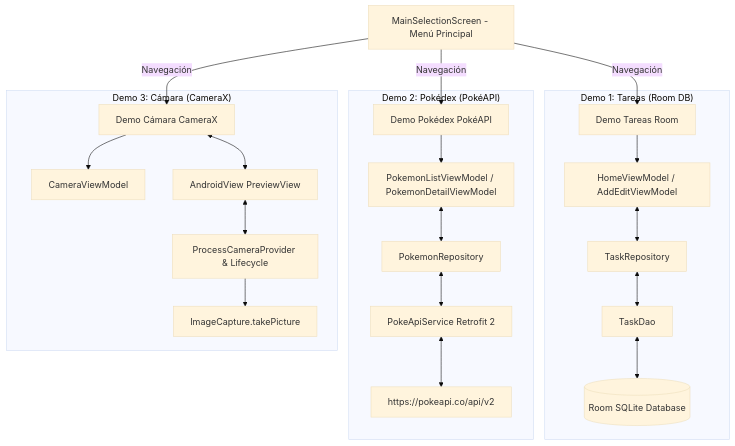
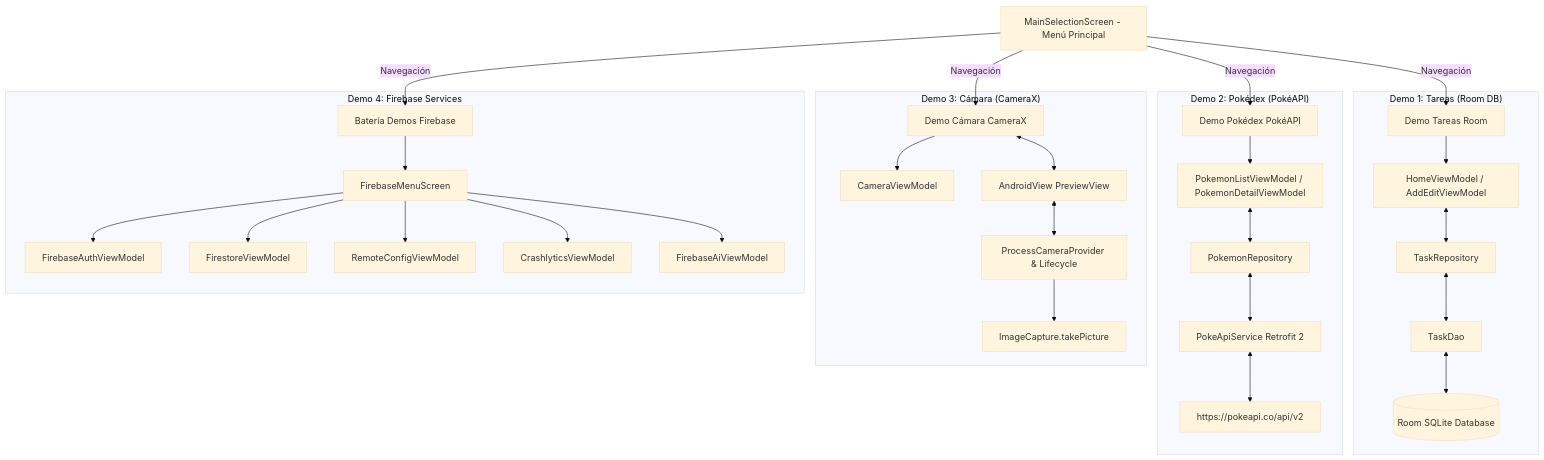
Before and after one commit to kenwhiston/ArchitectureMobileApp: the diagram in README.md, drawn with Mermaid (base theme). The commit also changed other lines of this file and 26 other files, not shown here.

````diff
--- a/README.md
+++ b/README.md
@@ -14,27 +19,37 @@
 ```mermaid
 graph TD
     MENU[MainSelectionScreen - Menú Principal] --> |Navegación| DEMO1[Demo Tareas Room]
     MENU --> |Navegación| DEMO2[Demo Pokédex PokéAPI]
     MENU --> |Navegación| DEMO3[Demo Cámara CameraX]
+    MENU --> |Navegación| DEMO4[Batería Demos Firebase]
 
     subgraph "Demo 1: Tareas (Room DB)"
         DEMO1 --> TASK_VM[HomeViewModel / AddEditViewModel]
         TASK_VM <--> TASK_REPO[TaskRepository]
         TASK_REPO <--> TASK_DAO[TaskDao]
         TASK_DAO <--> ROOM[(Room SQLite Database)]
     end
 
     subgraph "Demo 2: Pokédex (PokéAPI)"
         DEMO2 --> POKEMON_VM[PokemonListViewModel / PokemonDetailViewModel]
         POKEMON_VM <--> POKEMON_REPO[PokemonRepository]
         POKEMON_REPO <--> RETROFIT[PokeApiService Retrofit 2]
         RETROFIT <--> API[https://pokeapi.co/api/v2]
     end
 
     subgraph "Demo 3: Cámara (CameraX)"
         DEMO3 --> CAMERA_VM[CameraViewModel]
         DEMO3 <--> CAMERA_PREVIEW[AndroidView PreviewView]
         CAMERA_PREVIEW <--> CAMERAX_PROVIDER[ProcessCameraProvider & Lifecycle]
         CAMERAX_PROVIDER --> CAPTURE[ImageCapture.takePicture]
     end
+
+    subgraph "Demo 4: Firebase Services"
+        DEMO4 --> FIREBASE_MENU[FirebaseMenuScreen]
+        FIREBASE_MENU --> AUTH_VM[FirebaseAuthViewModel]
+        FIREBASE_MENU --> FIRESTORE_VM[FirestoreViewModel]
+        FIREBASE_MENU --> CONFIG_VM[RemoteConfigViewModel]
+        FIREBASE_MENU --> CRASH_VM[CrashlyticsViewModel]
+        FIREBASE_MENU --> AI_VM[FirebaseAiViewModel]
+    end
 ```
````
